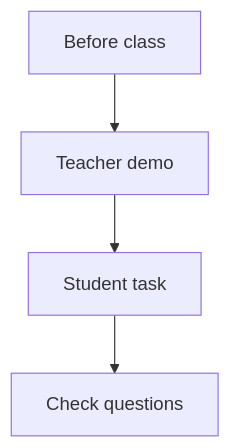
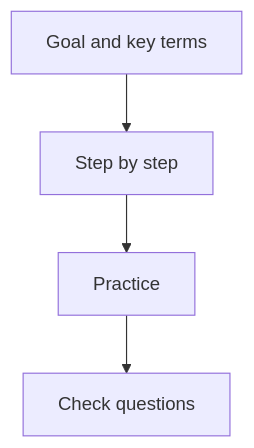
Before and after one commit to EngineerAbdullahIqbal/AICT-Book: the diagram in aict-guide/docs/intro.md, drawn with Mermaid. The commit also changed other lines of this file and 43 other files, not shown here.

````diff
--- a/aict-guide/docs/intro.md
+++ b/aict-guide/docs/intro.md
@@ -18,8 +19,8 @@
 ```mermaid
 flowchart TD
-    accTitle: How to use this book in class
-    accDescr: Four steps in order. Before class, then teacher demo, then student task, then check questions.
-    A[Before class] --> B[Teacher demo]
-    B --> C[Student task]
+    accTitle: How to use this book
+    accDescr: Four parts in order. Goal and key terms, then step by step, then practice, then check questions.
+    A[Goal and key terms] --> B[Step by step]
+    B --> C[Practice]
     C --> D[Check questions]
 ```
````
